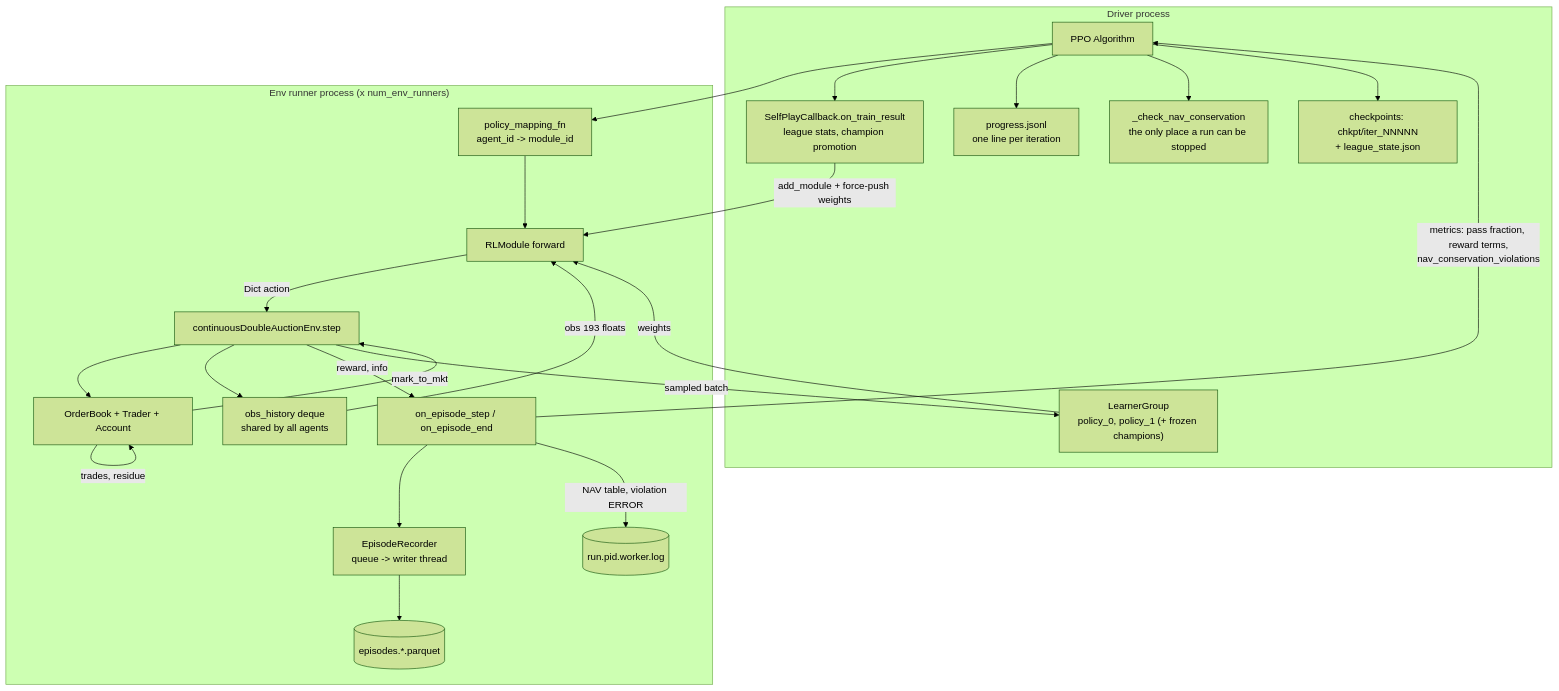
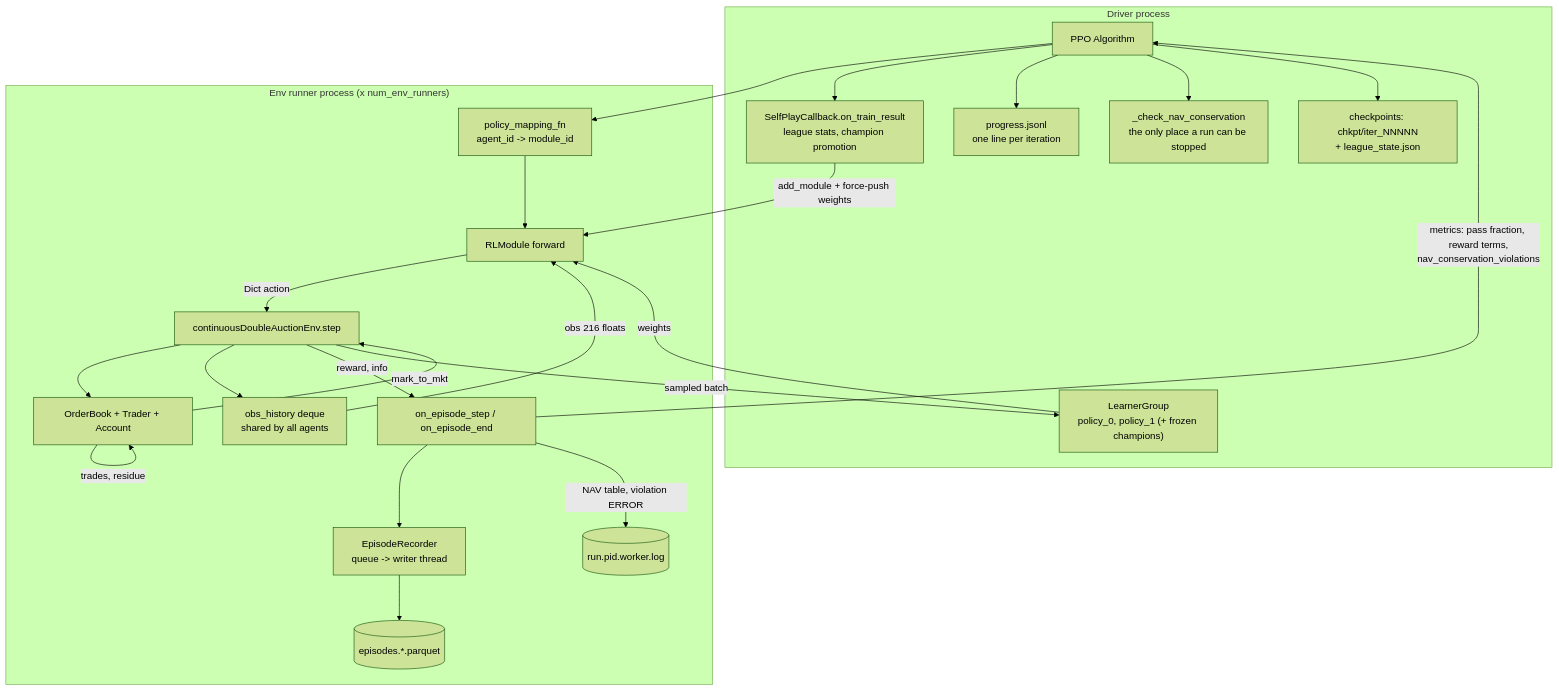
One commit to ChuaCheowHuan/gym-continuousDoubleAuction changed the fifth of 5 diagrams in doc/02_architecture.md. Above: the diagram before and after it, drawn with Mermaid (forest theme). The commit also changed other lines of this file and 42 other files, not shown here.

````diff
--- a/doc/02_architecture.md
+++ b/doc/02_architecture.md
@@ -562,43 +562,43 @@
 ```mermaid
 flowchart TB
     subgraph DRV["Driver process"]
         ALGO["PPO Algorithm"]
         LG["LearnerGroup<br/>policy_0, policy_1 (+ frozen champions)"]
         OTR["SelfPlayCallback.on_train_result<br/>league stats, champion promotion"]
         PROG["progress.jsonl<br/>one line per iteration"]
         NAVCHK["_check_nav_conservation<br/>the only place a run can be stopped"]
         CHK["checkpoints: chkpt/iter_NNNNN<br/>+ league_state.json"]
     end
 
     subgraph RUN["Env runner process (x num_env_runners)"]
         MAP["policy_mapping_fn<br/>agent_id -> module_id"]
         RLM["RLModule forward"]
         ENV["continuousDoubleAuctionEnv.step"]
         BOOK["OrderBook + Trader + Account"]
         OBSH["obs_history deque<br/>shared by all agents"]
         HOOKS["on_episode_step / on_episode_end"]
         REC["EpisodeRecorder<br/>queue -> writer thread"]
         PARQ[("episodes.*.parquet")]
         RLOG[("run.pid.worker.log")]
     end
 
     ALGO --> MAP
     MAP --> RLM
     RLM -->|"Dict action"| ENV
     ENV --> BOOK
     BOOK -->|"trades, residue"| BOOK
     BOOK -->|"mark_to_mkt"| ENV
     ENV --> OBSH
-    OBSH -->|"obs 193 floats"| RLM
+    OBSH -->|"obs 216 floats"| RLM
     ENV -->|"reward, info"| HOOKS
     HOOKS --> REC --> PARQ
     HOOKS -->|"NAV table, violation ERROR"| RLOG
     HOOKS -->|"metrics: pass fraction, reward terms,<br/>nav_conservation_violations"| ALGO
     ENV -->|"sampled batch"| LG
     LG -->|"weights"| RLM
     ALGO --> OTR
     OTR -->|"add_module + force-push weights"| RLM
     ALGO --> PROG
     ALGO --> NAVCHK
     ALGO --> CHK
 ```
````
